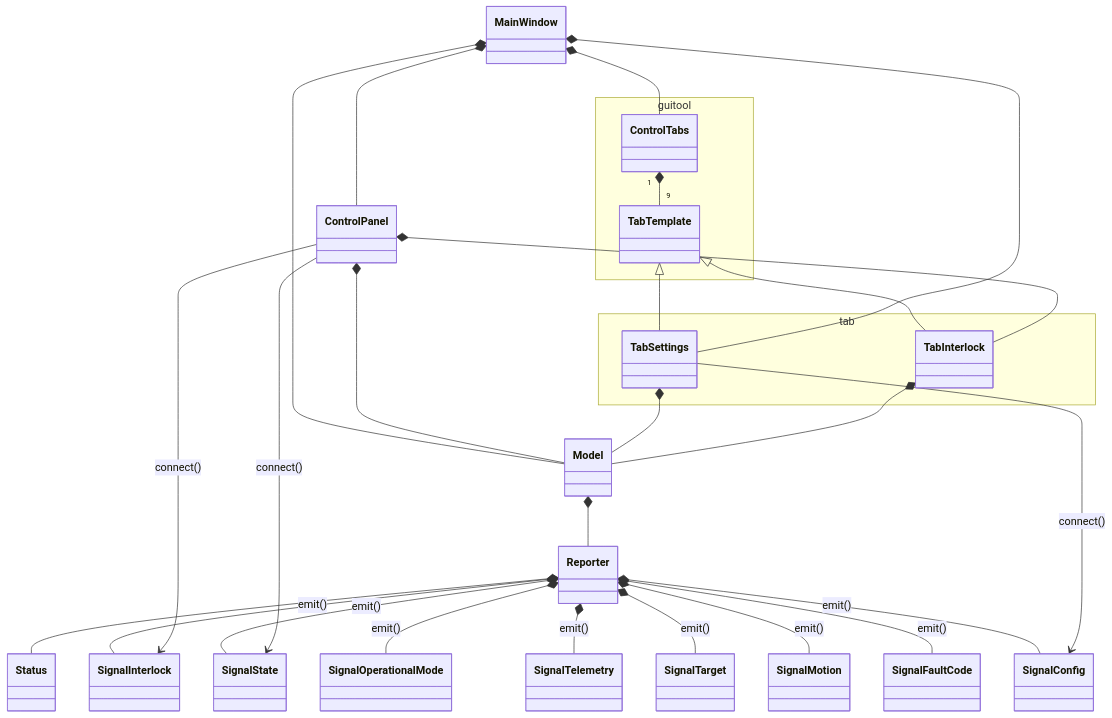
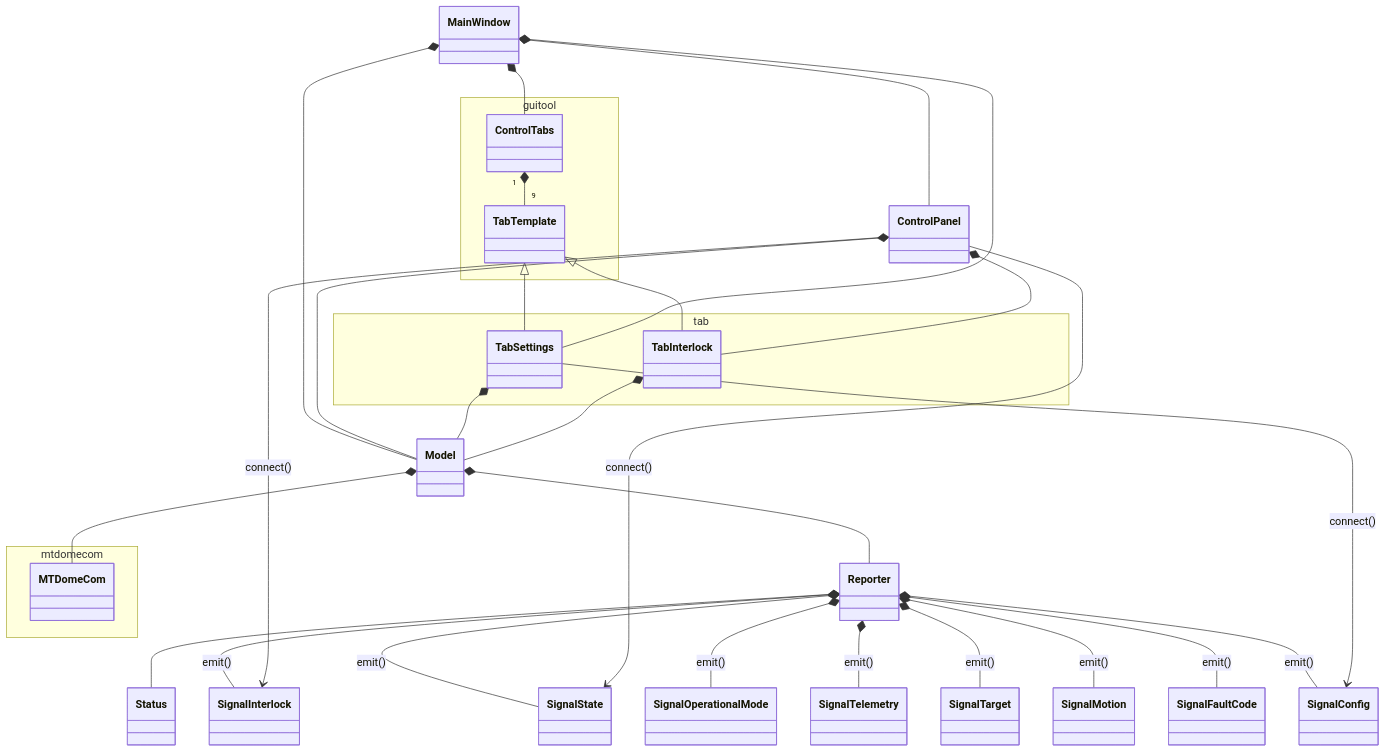
Before and after one commit to lsst-ts/ts_mtdomegui: the diagram in doc/uml/class_mtdomegui.mmd, drawn with Mermaid. The commit also changed 1 other file, not shown here.

```diff
--- a/doc/uml/class_mtdomegui.mmd
+++ b/doc/uml/class_mtdomegui.mmd
@@ -1,43 +1,48 @@
 classDiagram
+
+namespace mtdomecom {
+  class MTDomeCom
+}
 
 namespace guitool {
   class ControlTabs
   class TabTemplate
 }
 
 namespace tab {
   class TabSettings
   class TabInterlock
 }
 
 TabTemplate <|-- TabSettings
 TabTemplate <|-- TabInterlock
 
 MainWindow *-- Model
 MainWindow *-- ControlTabs
 MainWindow *-- ControlPanel
 MainWindow *-- TabSettings
 
 Model *-- Reporter
+Model *-- MTDomeCom
 
 Reporter *-- Status
 Reporter *-- SignalInterlock : emit()
 Reporter *-- SignalState : emit()
 Reporter *-- SignalOperationalMode : emit()
 Reporter *-- SignalTelemetry : emit()
 Reporter *-- SignalTarget : emit()
 Reporter *-- SignalMotion : emit()
 Reporter *-- SignalFaultCode : emit()
 Reporter *-- SignalConfig : emit()
 
 ControlPanel *-- Model
 ControlPanel *-- TabInterlock
 ControlPanel --> SignalInterlock : connect()
 ControlPanel --> SignalState : connect()
 
 TabSettings *-- Model
 TabSettings --> SignalConfig : connect()
 
 TabInterlock *-- Model
 
 ControlTabs "1" *-- "9" TabTemplate
```
